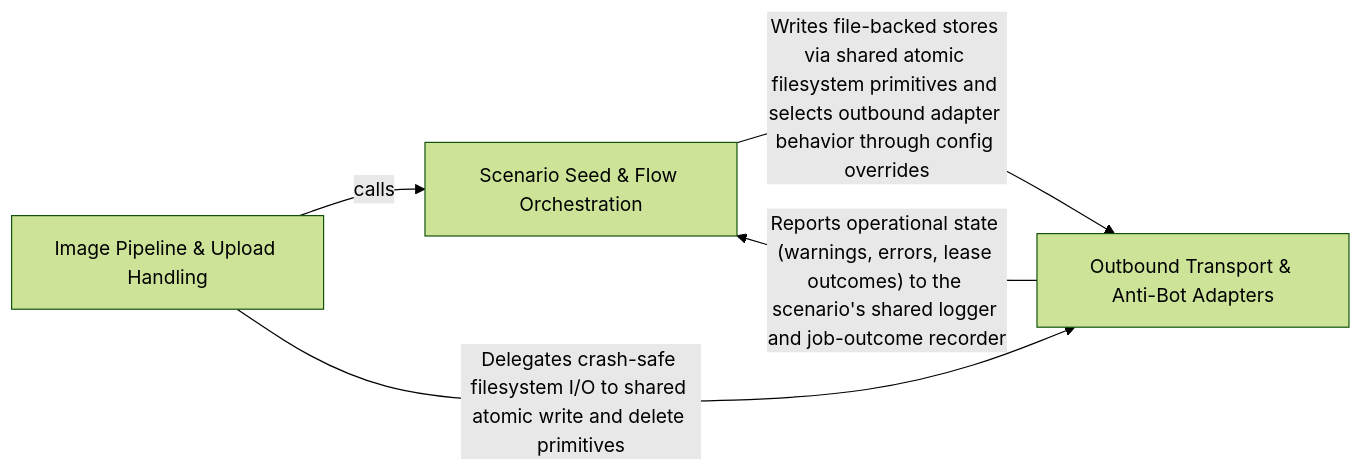
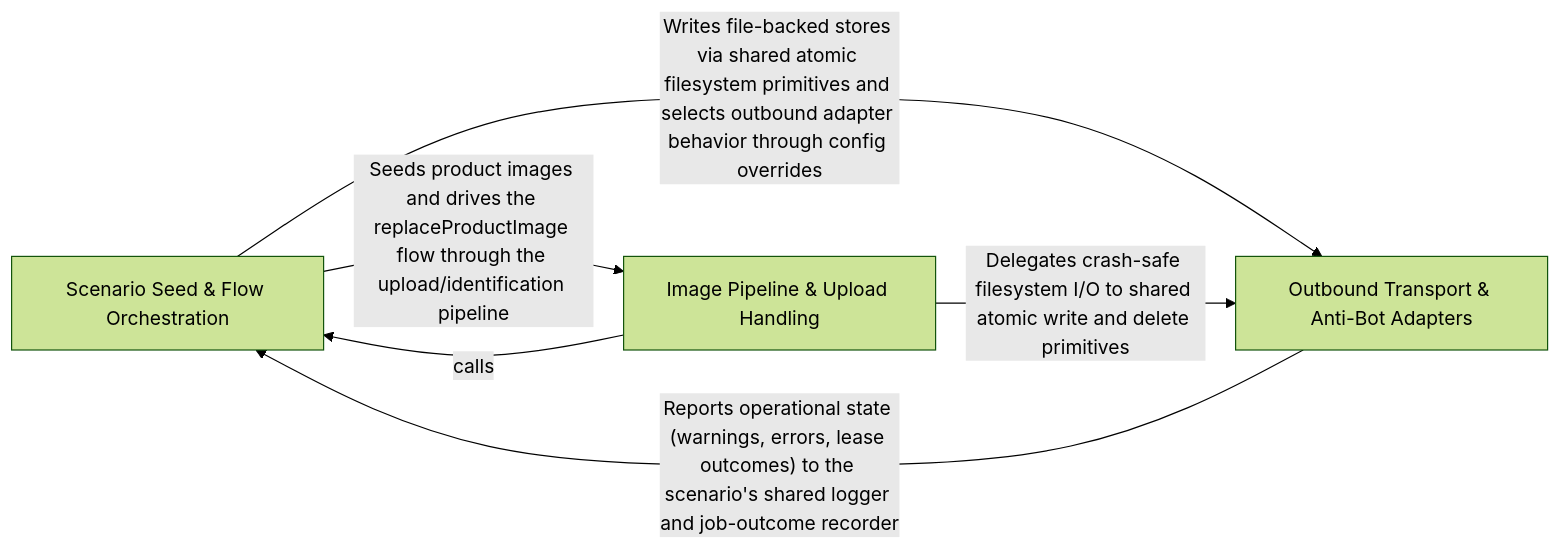
Before and after one commit to Guebbit/boilerplate-node-backend: the diagram in .2brain/arch/Scenario_Dataset_Flow_Content.md, drawn with Mermaid (forest theme). The commit also changed other lines of this file and 1102 other files, not shown here.

````diff
--- a/.2brain/arch/Scenario_Dataset_Flow_Content.md
+++ b/.2brain/arch/Scenario_Dataset_Flow_Content.md
@@ -10,10 +10,11 @@
 ```mermaid
 graph LR
     Scenario_Seed_Flow_Orchestration["Scenario Seed & Flow Orchestration"]
     Outbound_Transport_Anti_Bot_Adapters["Outbound Transport & Anti-Bot Adapters"]
     Image_Pipeline_Upload_Handling["Image Pipeline & Upload Handling"]
     Scenario_Seed_Flow_Orchestration -- "Writes file-backed stores via shared atomic filesystem primitives and selects outbound adapter behavior through config overrides" --> Outbound_Transport_Anti_Bot_Adapters
+    Scenario_Seed_Flow_Orchestration -- "Seeds product images and drives the replaceProductImage flow through the upload/identification pipeline" --> Image_Pipeline_Upload_Handling
     Outbound_Transport_Anti_Bot_Adapters -- "Reports operational state (warnings, errors, lease outcomes) to the scenario's shared logger and job-outcome recorder" --> Scenario_Seed_Flow_Orchestration
     Image_Pipeline_Upload_Handling -- "calls" --> Scenario_Seed_Flow_Orchestration
     Image_Pipeline_Upload_Handling -- "Delegates crash-safe filesystem I/O to shared atomic write and delete primitives" --> Outbound_Transport_Anti_Bot_Adapters
 ```
````
